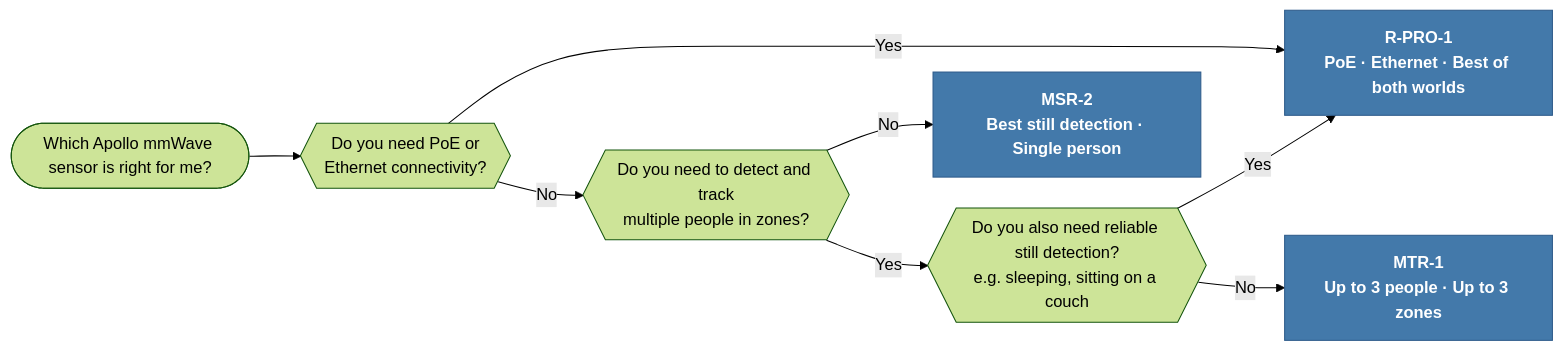
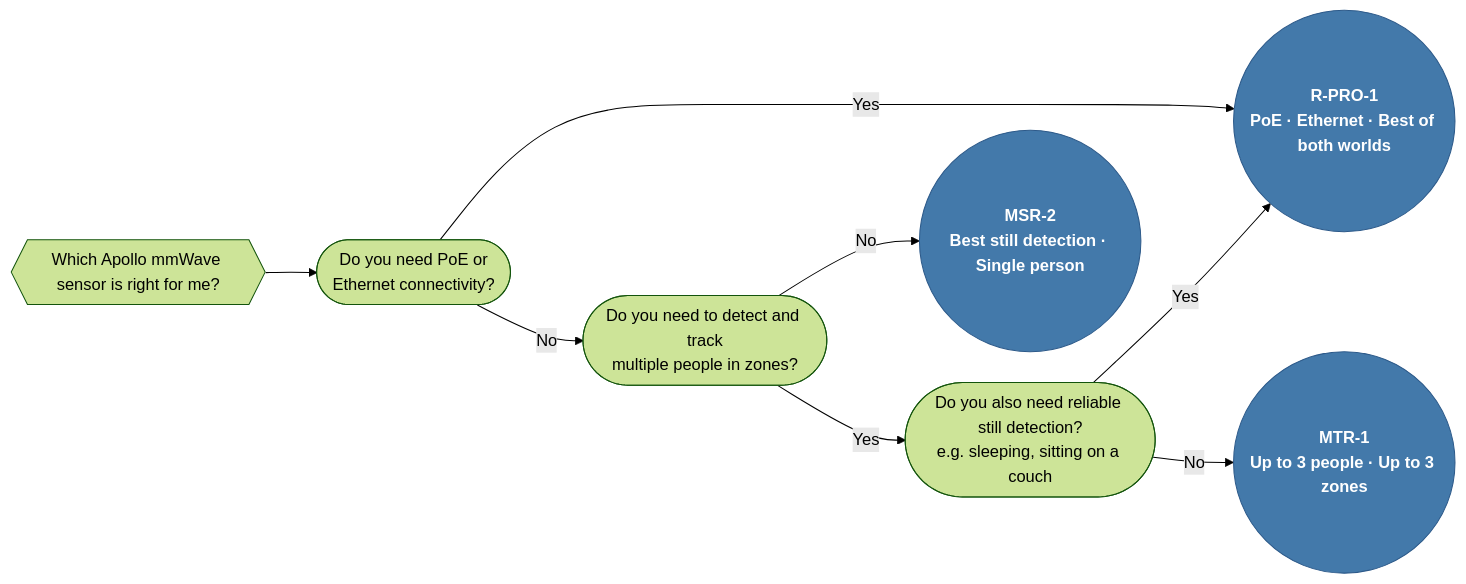
One commit to ApolloAutomation/docs changed the diagram in docs/index.md. Above: the diagram before and after it, drawn with Mermaid (forest theme).

Commit message:
Rearrange flowchart shapes: hexagon start, pill questions, circle products

````diff
--- a/docs/index.md
+++ b/docs/index.md
@@ -13,27 +13,27 @@
 ```mermaid
 %%{init: {'flowchart': {'nodeSpacing': 30, 'rankSpacing': 50}}}%%
 flowchart LR
-    START(["Which Apollo mmWave sensor is right for me?"])
+    START{{"Which Apollo mmWave sensor is right for me?"}}
 
-    START --> Q1{{"Do you need PoE or<br/>Ethernet connectivity?"}}
+    START --> Q1(["Do you need PoE or<br/>Ethernet connectivity?"])
 
     Q1 -->|Yes| RPRO
-    Q1 -->|No| Q2{{"Do you need to detect and track<br/>multiple people in zones?"}}
+    Q1 -->|No| Q2(["Do you need to detect and track<br/>multiple people in zones?"])
 
-    Q2 -->|Yes| Q3{{"Do you also need reliable still detection?<br/>e.g. sleeping, sitting on a couch"}}
+    Q2 -->|Yes| Q3(["Do you also need reliable still detection?<br/>e.g. sleeping, sitting on a couch"])
     Q2 -->|No| MSR
 
     Q3 -->|Yes| RPRO
     Q3 -->|No| MTR
 
-    MSR["MSR-2<br/>Best still detection · Single person"]
-    MTR["MTR-1<br/>Up to 3 people · Up to 3 zones"]
-    RPRO["R-PRO-1<br/>PoE · Ethernet · Best of both worlds"]
+    MSR(("MSR-2<br/>Best still detection · Single person"))
+    MTR(("MTR-1<br/>Up to 3 people · Up to 3 zones"))
+    RPRO(("R-PRO-1<br/>PoE · Ethernet · Best of both worlds"))
 
     classDef product fill:#4379AA,stroke:#2d5a8a,color:#fff,font-weight:bold
     class MSR,MTR,RPRO product
 
     click MSR href "https://wiki.apolloautomation.com/products/msr2/introduction/" _blank
     click MTR href "https://wiki.apolloautomation.com/products/mtr1/introduction/" _blank
     click RPRO href "https://wiki.apolloautomation.com/products/rpro1/introduction/" _blank
 ```
````
